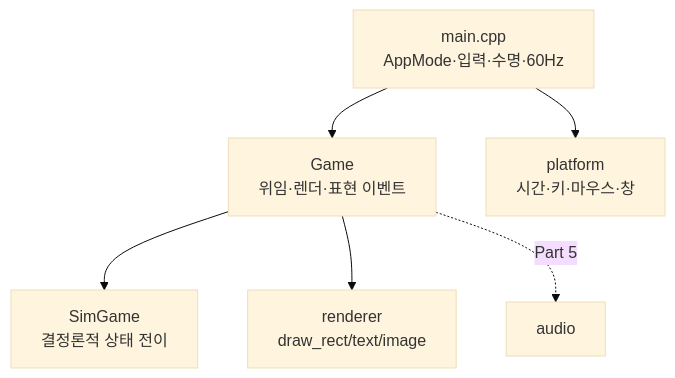
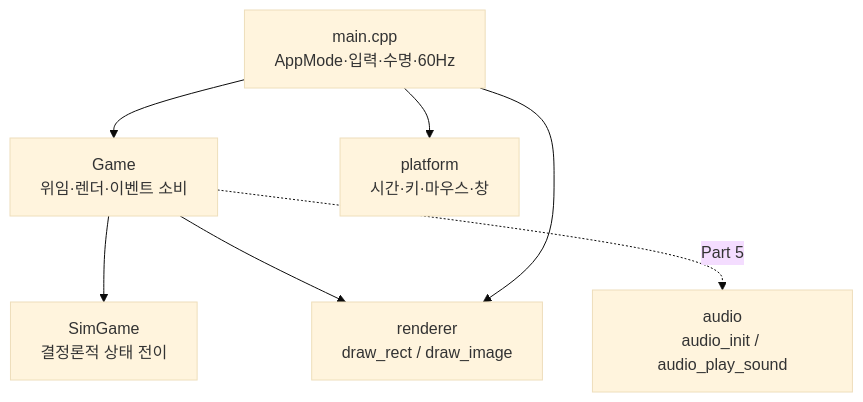
Before and after one commit to Rein-ArXiv/Tetris-Multiplayer-RL: the second of 12 diagrams in docs/blog/part4-game-wrapper-and-loop.md, drawn with Mermaid (base theme). The commit also changed other lines of this file and 41 other files, not shown here.

````diff
--- a/docs/blog/part4-game-wrapper-and-loop.md
+++ b/docs/blog/part4-game-wrapper-and-loop.md
@@ -37,8 +103,9 @@
 ```mermaid
 graph TB
-    M[main.cpp<br/>AppMode·입력·수명·60Hz] --> G[Game<br/>위임·렌더·표현 이벤트]
+    M[main.cpp<br/>AppMode·입력·수명·60Hz] --> G[Game<br/>위임·렌더·이벤트 소비]
     G --> S[SimGame<br/>결정론적 상태 전이]
-    G --> R[renderer<br/>draw_rect/text/image]
-    G -. Part 5 .-> A[audio]
+    G --> R[renderer<br/>draw_rect / draw_image]
+    G -. Part 5 .-> A[audio<br/>audio_init / audio_play_sound]
     M --> P[platform<br/>시간·키·마우스·창]
+    M --> R
 ```
````
